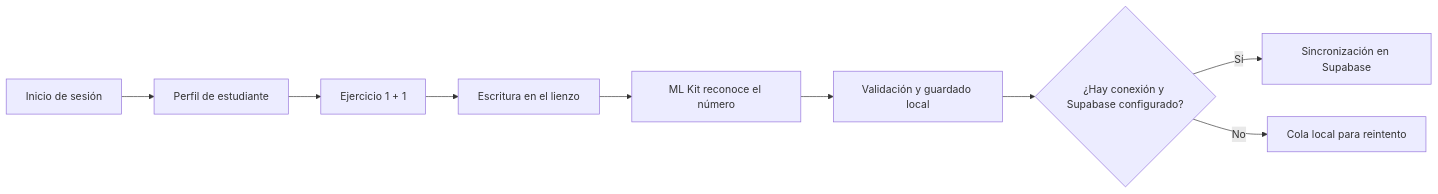
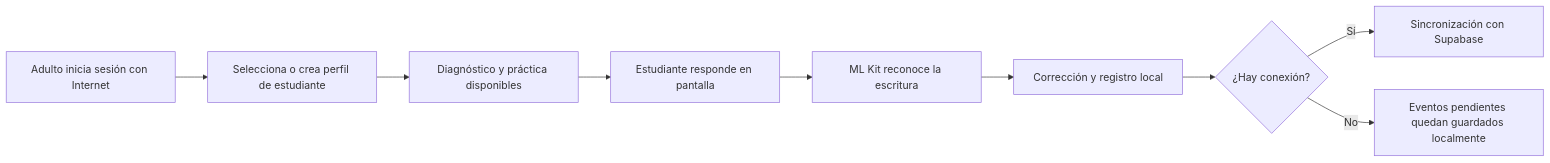
One commit to fernandovidalnn/Portafolio-titulo-informatica changed the diagram in Fase 2/Evidencias Proyecto/Código fuente/k-mat/README.md. Above: the diagram before and after it, drawn with Mermaid. The commit also changed other lines of this file and 143 other files, not shown here.

````diff
--- a/Fase 2/Evidencias Proyecto/Código fuente/k-mat/README.md
+++ b/Fase 2/Evidencias Proyecto/Código fuente/k-mat/README.md
@@ -26,11 +23,11 @@
 ```mermaid
 flowchart LR
-    A[Inicio de sesión] --> B[Perfil de estudiante]
-    B --> C[Ejercicio 1 + 1]
-    C --> D[Escritura en el lienzo]
-    D --> E[ML Kit reconoce el número]
-    E --> F[Validación y guardado local]
-    F --> G{¿Hay conexión y Supabase configurado?}
-    G -->|Sí| H[Sincronización en Supabase]
-    G -->|No| I[Cola local para reintento]
+    A[Adulto inicia sesión con Internet] --> B[Selecciona o crea perfil de estudiante]
+    B --> C[Diagnóstico y práctica disponibles]
+    C --> D[Estudiante responde en pantalla]
+    D --> E[ML Kit reconoce la escritura]
+    E --> F[Corrección y registro local]
+    F --> G{¿Hay conexión?}
+    G -->|Sí| H[Sincronización con Supabase]
+    G -->|No| I[Eventos pendientes quedan guardados localmente]
 ```
````
